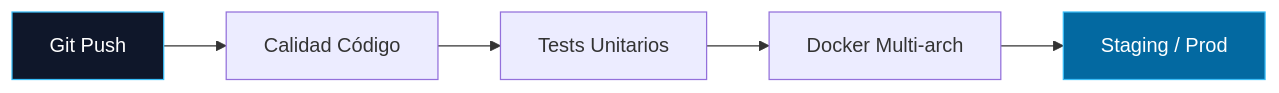
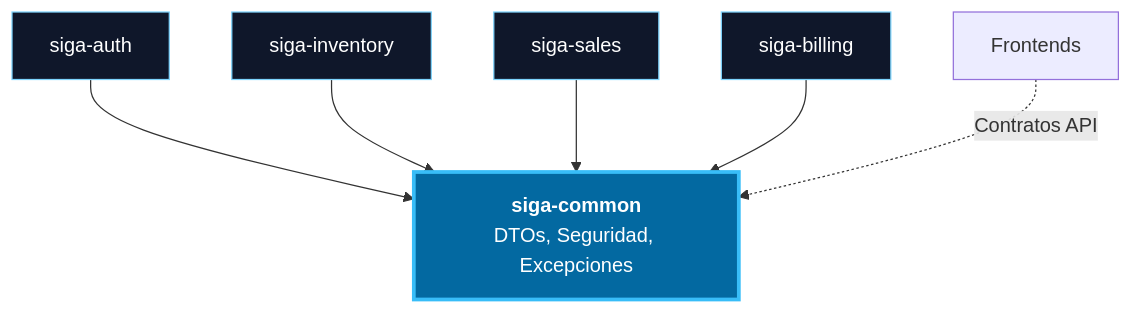
Before and after one commit to HecAguilaV/SIGA: the second of 2 diagrams in docs/technical-room/es/03-DEVELOPMENT-VIEW.mdx, drawn with Mermaid. The commit also changed other lines of this file and 10 other files, not shown here.

Commit message:
docs(tech-room): finalize 4+1 view model with high-fidelity diagrams and semantic monorepo sync

````diff
--- a/docs/technical-room/es/03-DEVELOPMENT-VIEW.mdx
+++ b/docs/technical-room/es/03-DEVELOPMENT-VIEW.mdx
@@ -41,10 +55,18 @@
 ```mermaid
-flowchart LR
-    Push[Git Push] --> Lint[Calidad Código]
-    Lint --> Test[Tests Unitarios]
-    Test --> Build[Docker Multi-arch]
-    Build --> Deploy[Staging / Prod]
+graph TD
+    Common[<b>siga-common</b><br/>DTOs, Seguridad, Excepciones]
+    
+    Auth[siga-auth] --> Common
+    Inv[siga-inventory] --> Common
+    Sales[siga-sales] --> Common
+    Billing[siga-billing] --> Common
+    
+    UI_Apps[Frontends] -.->|Contratos API| Common
 
-    style Push fill:#0f172a,stroke:#38bdf8,color:#fff
-    style Deploy fill:#0369a1,stroke:#38bdf8,color:#fff
+    %% Estilos Neon
+    style Common fill:#0369a1,stroke:#38bdf8,stroke-width:3px,color:#fff
+    style Auth fill:#0f172a,stroke:#7dd3fc,color:#fff
+    style Inv fill:#0f172a,stroke:#7dd3fc,color:#fff
+    style Sales fill:#0f172a,stroke:#7dd3fc,color:#fff
+    style Billing fill:#0f172a,stroke:#7dd3fc,color:#fff
 ```
````
